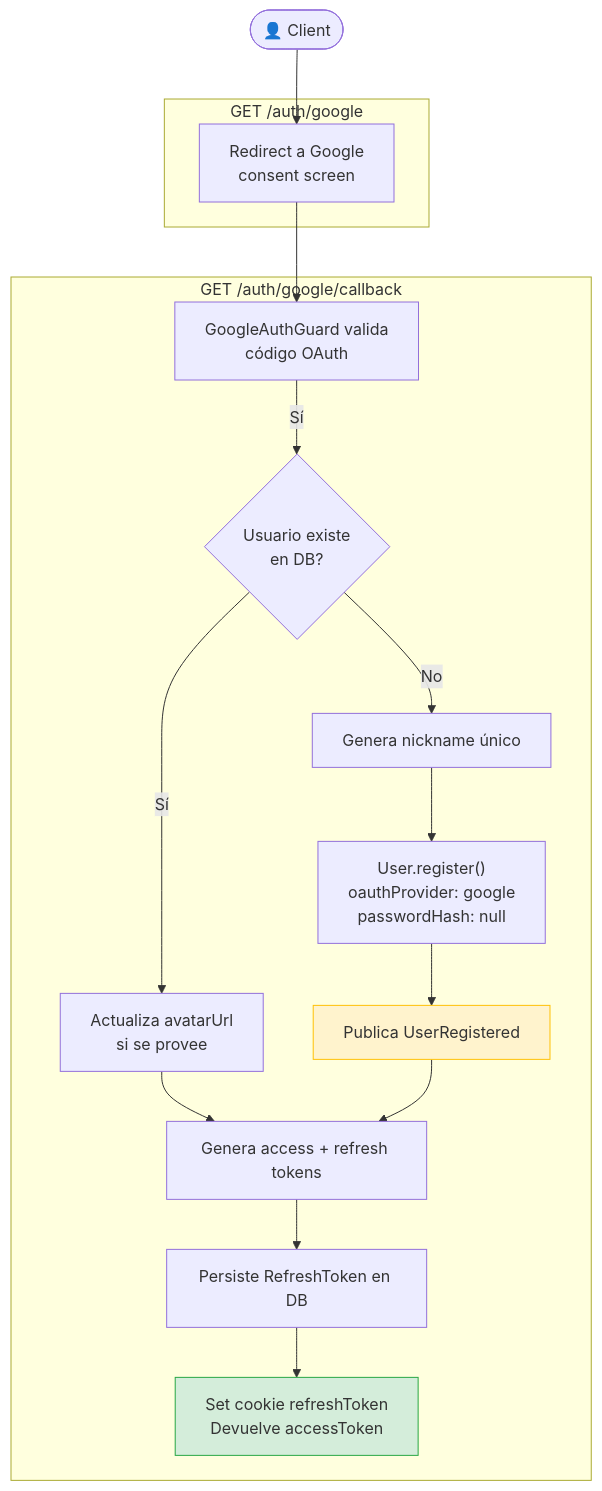
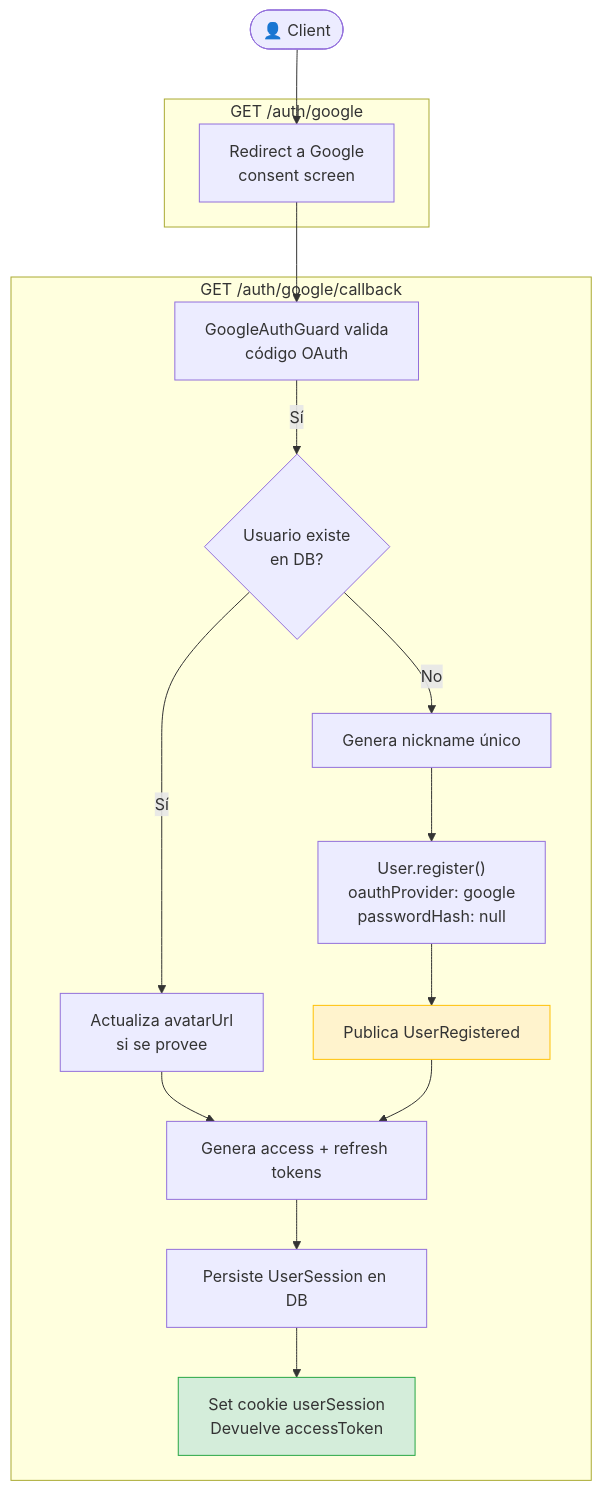
One commit to AbrahamVilchesDeLaCruz/ididntcatchthat changed the diagram in docs/apps/api/identity/google-oauth/usecases.md. Above: the diagram before and after it, drawn with Mermaid. The commit also changed 166 other files, not shown here.

First line of the commit message:
refactor(identity): replace RefreshToken with UserSession aggregate

````diff
--- a/docs/apps/api/identity/google-oauth/usecases.md
+++ b/docs/apps/api/identity/google-oauth/usecases.md
@@ -3,29 +3,29 @@
 ```mermaid
 graph TD
     Client(["👤 Client"])
 
     subgraph "GET /auth/google"
         A["Redirect a Google<br/>consent screen"]
     end
 
     subgraph "GET /auth/google/callback"
         B["GoogleAuthGuard valida<br/>código OAuth"]
         C{"Usuario existe<br/>en DB?"}
         D["Actualiza avatarUrl<br/>si se provee"]
         E["Genera nickname único"]
         F["User.register()<br/>oauthProvider: google<br/>passwordHash: null"]
         G["Publica UserRegistered"]
         H["Genera access + refresh tokens"]
-        I["Persiste RefreshToken en DB"]
-        J["Set cookie refreshToken<br/>Devuelve accessToken"]
+        I["Persiste UserSession en DB"]
+        J["Set cookie userSession<br/>Devuelve accessToken"]
     end
 
     Client --> A --> B
     B -- Sí --> C
     C -- Sí --> D --> H
     C -- No --> E --> F --> G --> H
     H --> I --> J
 
     style G fill:#fff3cd,stroke:#ffc107
     style J fill:#d4edda,stroke:#28a745
 ```
````
